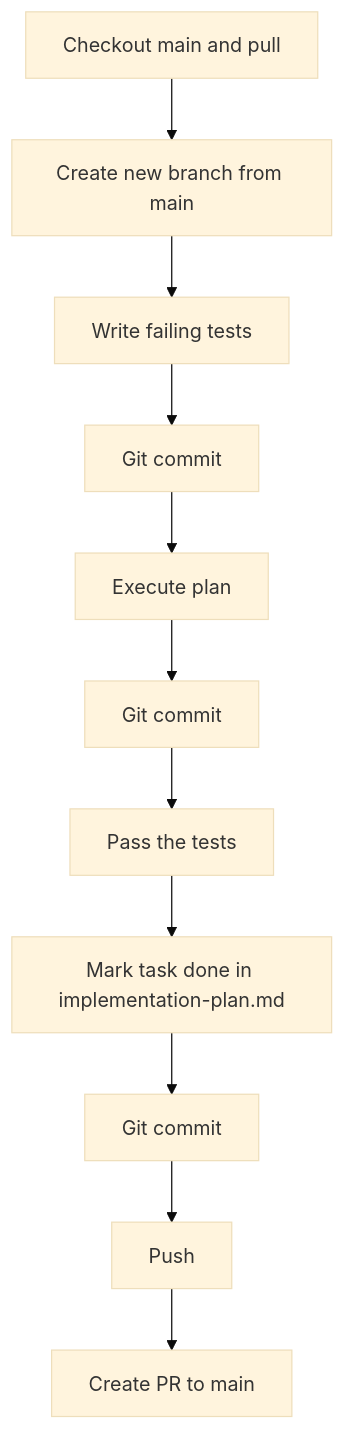
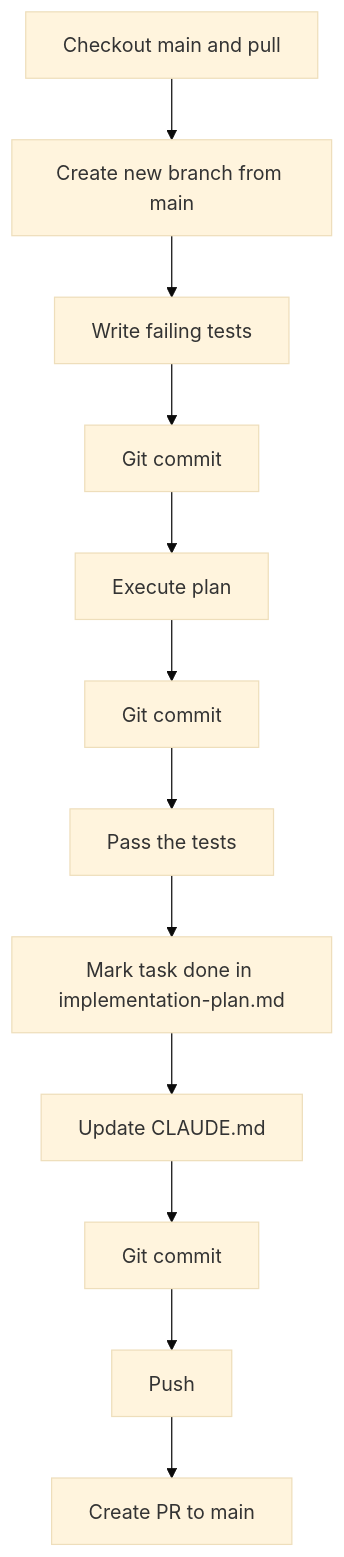
Before and after one commit to doccerz/iam-microservice: the diagram in .claude/rules/git-workflow.md, drawn with Mermaid (base theme). The commit also changed other lines of this file and 3 other files, not shown here.

````diff
--- a/.claude/rules/git-workflow.md
+++ b/.claude/rules/git-workflow.md
@@ -31,13 +32,14 @@
 ```mermaid
 graph TD
     Y[Checkout main and pull] --> Z[Create new branch from main]
     Z --> A[Write failing tests]
     A --> B[Git commit]
     B --> C[Execute plan]
     C --> D[Git commit]
     D --> E[Pass the tests]
     E --> F[Mark task done in implementation-plan.md]
-    F --> G[Git commit]
-    G --> H[Push]
-    H --> I[Create PR to main]
+    F --> G[Update CLAUDE.md]
+    G --> H[Git commit]
+    H --> I[Push]
+    I --> J[Create PR to main]
 ```
````
